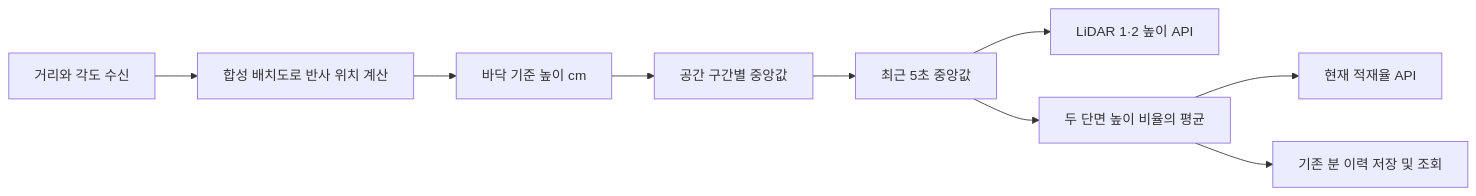
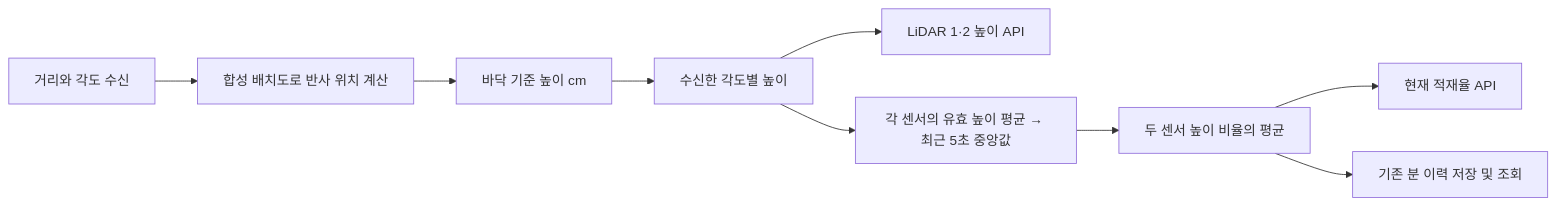
One commit to ajin-scrap-monitoring/scrap-monitoring-backend changed the diagram in docs/SIMULATION_HEIGHT_API.md. Above: the diagram before and after it, drawn with Mermaid. The commit also changed other lines of this file and 12 other files, not shown here.

````diff
--- a/docs/SIMULATION_HEIGHT_API.md
+++ b/docs/SIMULATION_HEIGHT_API.md
@@ -29,11 +30,11 @@
 ```mermaid
 flowchart LR
     A[거리와 각도 수신] --> B[합성 배치도로 반사 위치 계산]
     B --> C[바닥 기준 높이 cm]
-    C --> D[공간 구간별 중앙값]
-    D --> E[최근 5초 중앙값]
-    E --> F[LiDAR 1·2 높이 API]
-    E --> G[두 단면 높이 비율의 평균]
+    C --> D[수신한 각도별 높이]
+    D --> F[LiDAR 1·2 높이 API]
+    D --> E[각 센서의 유효 높이 평균 → 최근 5초 중앙값]
+    E --> G[두 센서 높이 비율의 평균]
     G --> H[현재 적재율 API]
     G --> I[기존 분 이력 저장 및 조회]
 ```
````
